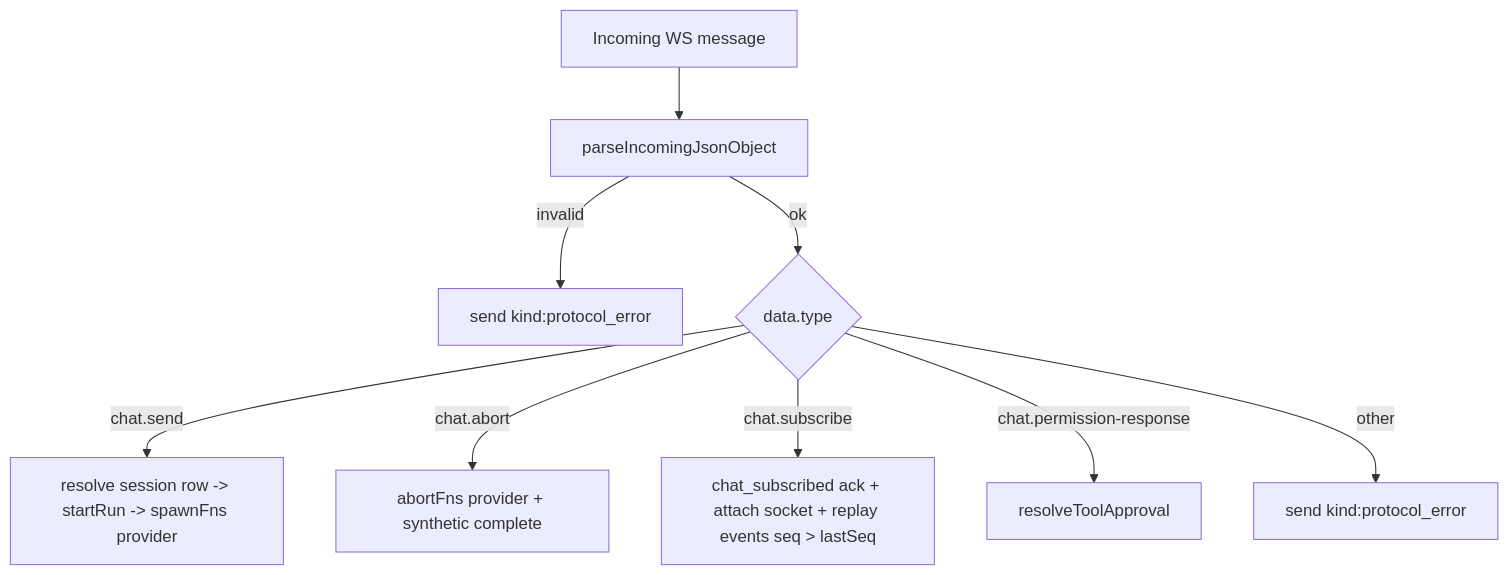
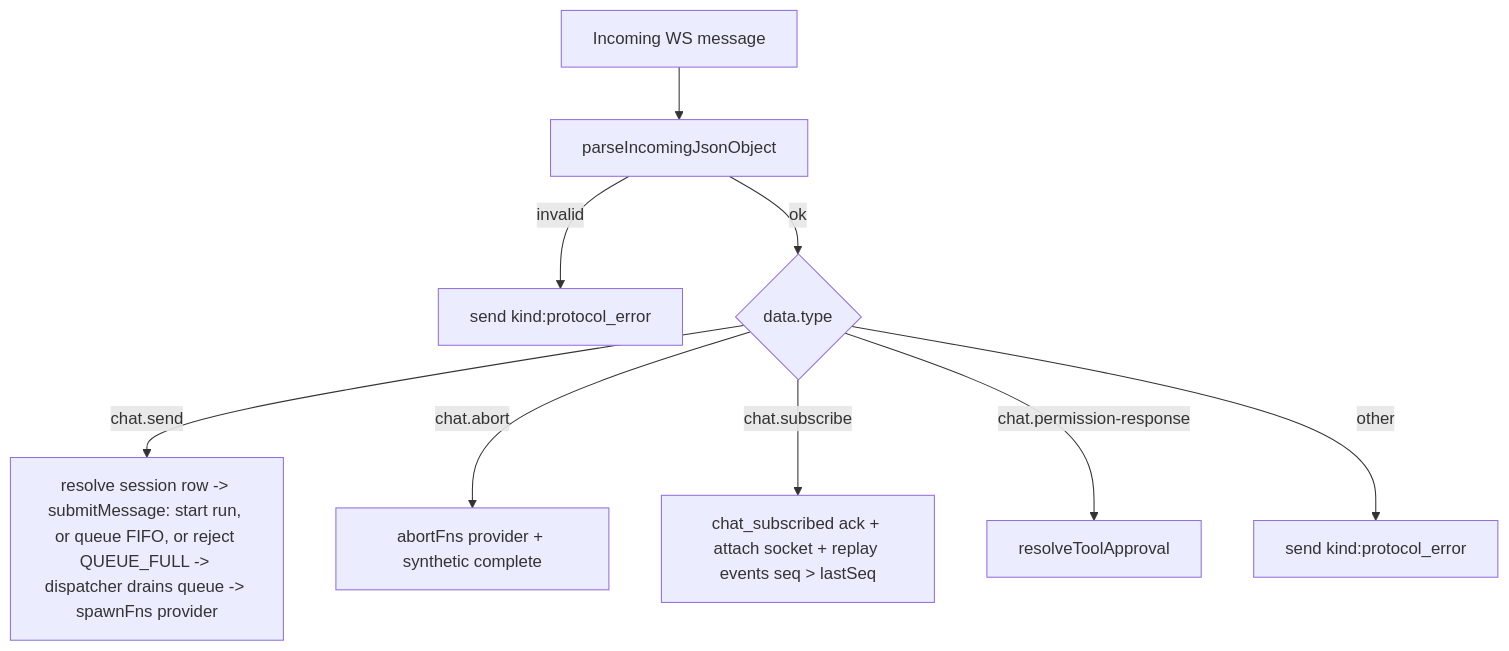
Before and after one commit to Josephkready/cloudcli: the third of 5 diagrams in server/modules/websocket/README.md, drawn with Mermaid. The commit also changed other lines of this file and 4 other files, not shown here.

First line of the commit message:
Queue concurrent chat.send messages server-side instead of dropping (#64) (#198)

````diff
--- a/server/modules/websocket/README.md
+++ b/server/modules/websocket/README.md
@@ -126,12 +126,12 @@
 ```mermaid
 flowchart TD
   A[Incoming WS message] --> B[parseIncomingJsonObject]
   B -->|invalid| C[send kind:protocol_error]
   B -->|ok| D{data.type}
 
-  D -->|chat.send| E[resolve session row -> startRun -> spawnFns provider]
+  D -->|chat.send| E[resolve session row -> submitMessage: start run, or queue FIFO, or reject QUEUE_FULL -> dispatcher drains queue -> spawnFns provider]
   D -->|chat.abort| F[abortFns provider + synthetic complete]
   D -->|chat.subscribe| G[chat_subscribed ack + attach socket + replay events seq > lastSeq]
   D -->|chat.permission-response| H[resolveToolApproval]
   D -->|other| I[send kind:protocol_error]
 ```
````
